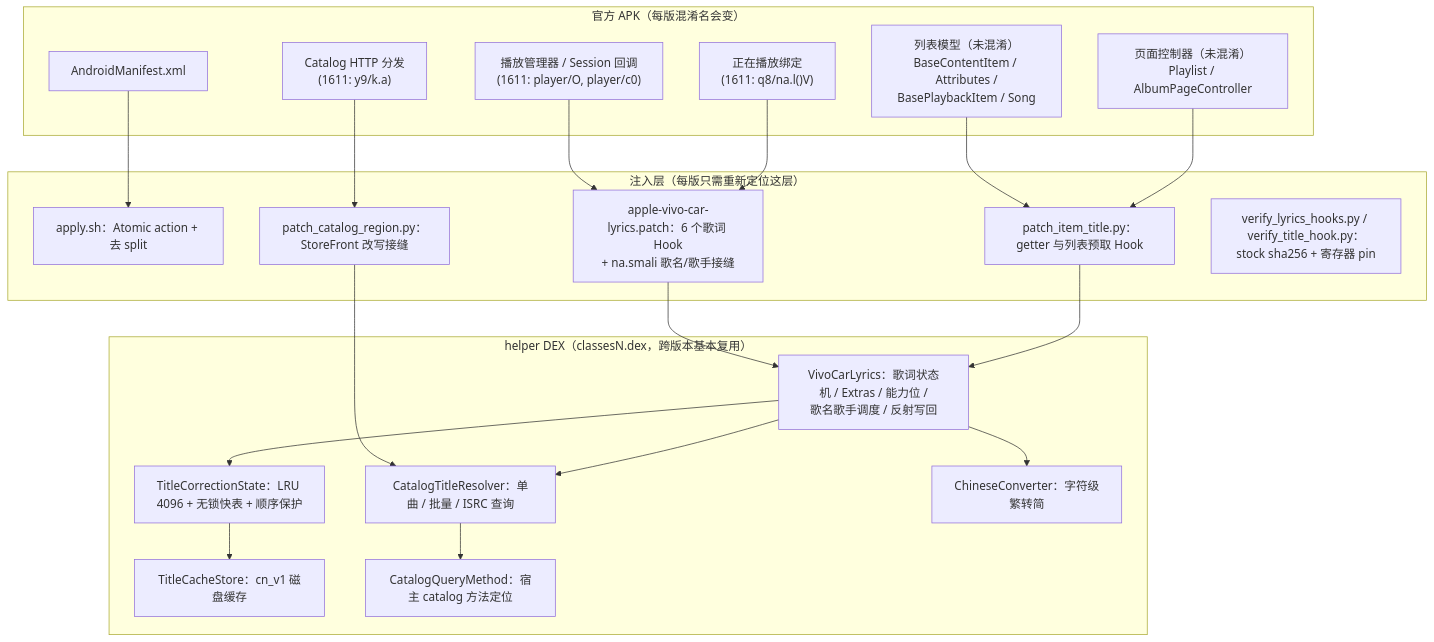
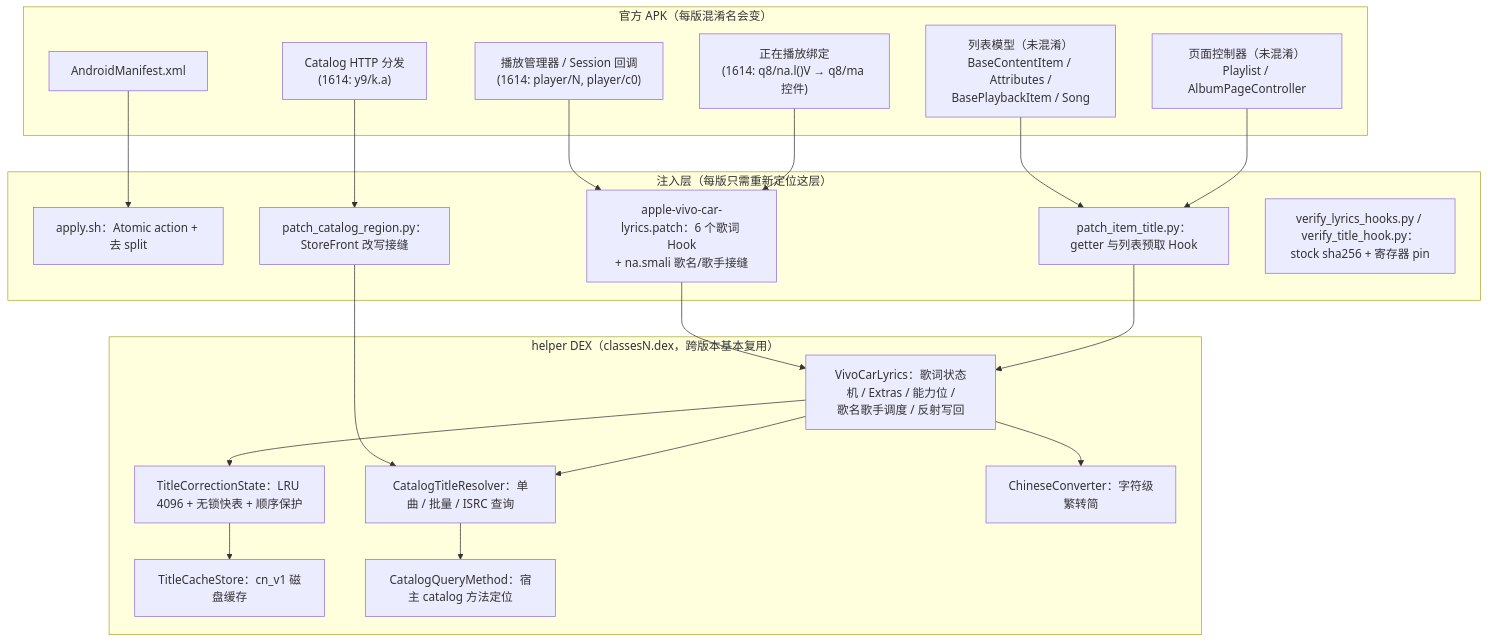
The first of 3 diagrams in docs/FUTURE_APK_UPGRADE_GUIDE.zh-CN.md (huang6668/apple-music-vivo-car-lyrics), drawn with Mermaid before and after one commit. The commit also changed other lines of this file and 19 other files, not shown here.

````diff
--- a/docs/FUTURE_APK_UPGRADE_GUIDE.zh-CN.md
+++ b/docs/FUTURE_APK_UPGRADE_GUIDE.zh-CN.md
@@ -41,41 +45,41 @@
 ```mermaid
 flowchart TD
     subgraph Stock["官方 APK（每版混淆名会变）"]
         Manifest["AndroidManifest.xml"]
-        Player["播放管理器 / Session 回调\n(1611: player/O, player/c0)"]
-        Binding["正在播放绑定\n(1611: q8/na.l()V)"]
+        Player["播放管理器 / Session 回调\n(1614: player/N, player/c0)"]
+        Binding["正在播放绑定\n(1614: q8/na.l()V → q8/ma 控件)"]
         Models["列表模型（未混淆）\nBaseContentItem / Attributes /\nBasePlaybackItem / Song"]
         Pages["页面控制器（未混淆）\nPlaylist / AlbumPageController"]
-        Http["Catalog HTTP 分发\n(1611: y9/k.a)"]
+        Http["Catalog HTTP 分发\n(1614: y9/k.a)"]
     end
 
     subgraph Seams["注入层（每版只需重新定位这层）"]
         A["apply.sh：Atomic action + 去 split"]
         B["apple-vivo-car-lyrics.patch：6 个歌词 Hook\n+ na.smali 歌名/歌手接缝"]
         C["patch_item_title.py：getter 与列表预取 Hook"]
         D["patch_catalog_region.py：StoreFront 改写接缝"]
         V["verify_lyrics_hooks.py / verify_title_hook.py：\nstock sha256 + 寄存器 pin"]
     end
 
     subgraph Helper["helper DEX（classesN.dex，跨版本基本复用）"]
         L["VivoCarLyrics：歌词状态机 / Extras / 能力位 /\n歌名歌手调度 / 反射写回"]
         S["TitleCorrectionState：LRU 4096 + 无锁快表 + 顺序保护"]
         T["TitleCacheStore：cn_v1 磁盘缓存"]
         R["CatalogTitleResolver：单曲 / 批量 / ISRC 查询"]
         Q["CatalogQueryMethod：宿主 catalog 方法定位"]
         Z["ChineseConverter：字符级繁转简"]
     end
 
     Manifest --> A
     Player --> B
     Binding --> B
     Models --> C
     Pages --> C
     Http --> D
     B --> L
     C --> L
     D --> R
     L --> S --> T
     L --> R --> Q
     L --> Z
 ```
````
